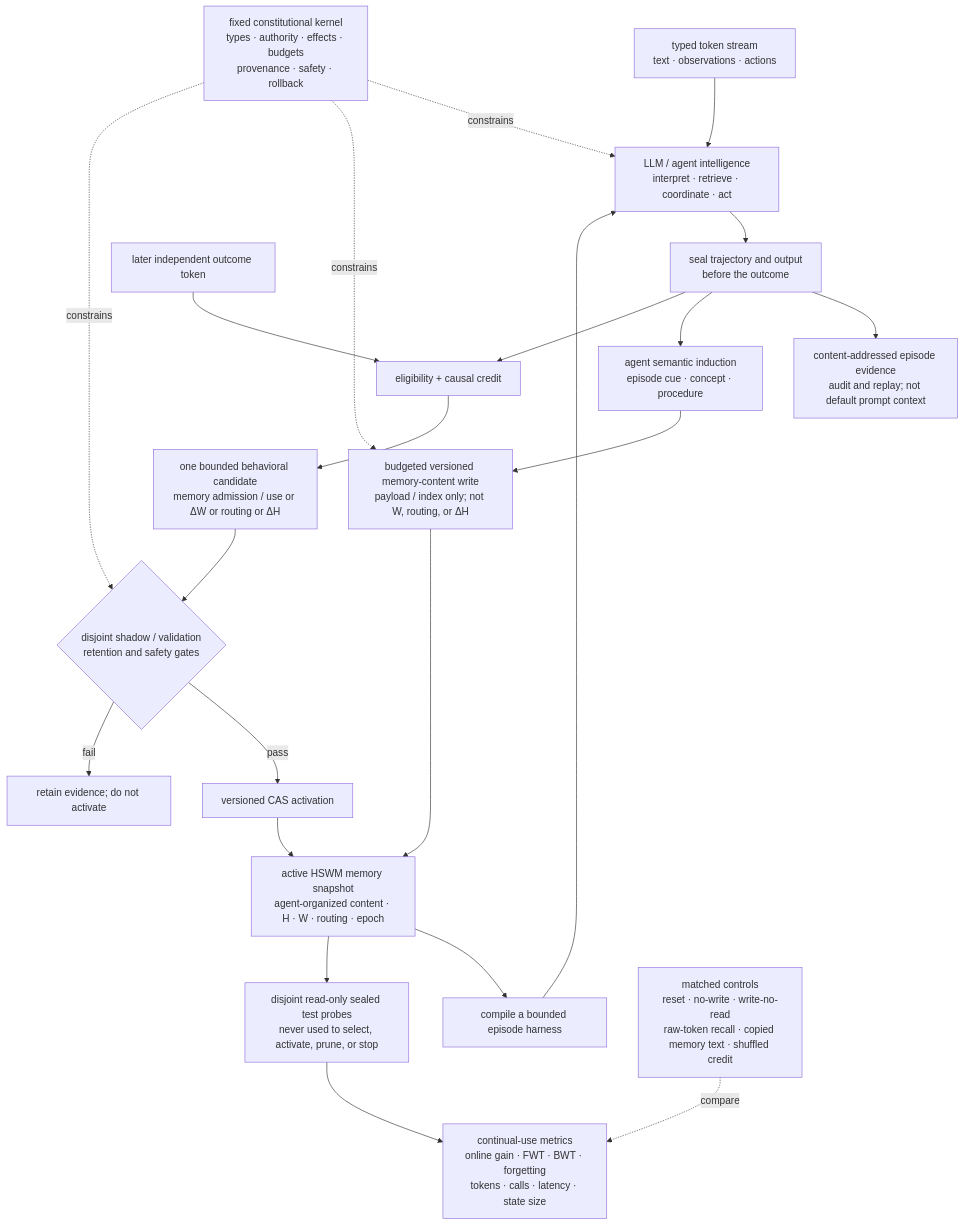
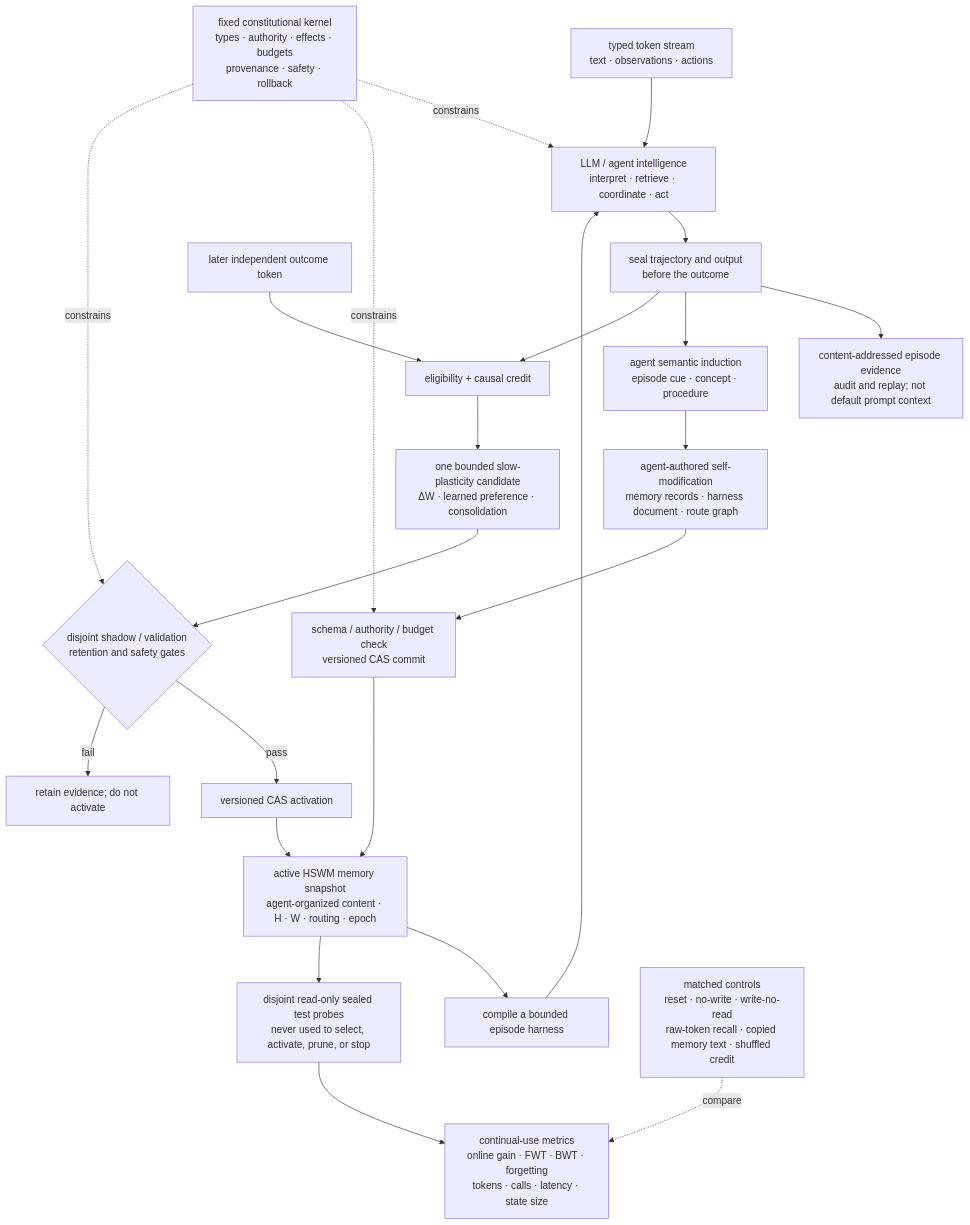
Before and after one commit to gj3447/HSWM: the diagram in README.md, drawn with Mermaid. The commit also changed other lines of this file and 7 other files, not shown here.

Commit message:
Implement agent-authored HSWM self-modification

````diff
--- a/README.md
+++ b/README.md
@@ -166,28 +171,29 @@
 ```mermaid
 flowchart TB
   TOK["typed token stream<br/>text · observations · actions"] --> RUN
   STATE["active HSWM memory snapshot<br/>agent-organized content · H · W · routing · epoch"] --> HARNESS
   HARNESS["compile a bounded episode harness"] --> RUN["LLM / agent intelligence<br/>interpret · retrieve · coordinate · act"]
   RUN --> SEALED["seal trajectory and output<br/>before the outcome"]
 
   SEALED --> EVIDENCE["content-addressed episode evidence<br/>audit and replay; not default prompt context"]
   SEALED --> INDUCE["agent semantic induction<br/>episode cue · concept · procedure"]
-  INDUCE --> MEMWRITE["budgeted versioned memory-content write<br/>payload / index only; not W, routing, or ΔH"]
-  MEMWRITE --> STATE
+  INDUCE --> SELFWRITE["agent-authored self-modification<br/>memory records · harness document · route graph"]
+  SELFWRITE --> SELFCAS["schema / authority / budget check<br/>versioned CAS commit"]
+  SELFCAS --> STATE
 
   OUTCOME["later independent outcome token"] --> CREDIT
   SEALED --> CREDIT["eligibility + causal credit"]
-  CREDIT --> CAND["one bounded behavioral candidate<br/>memory admission / use or ΔW or routing or ΔH"]
+  CREDIT --> CAND["one bounded slow-plasticity candidate<br/>ΔW · learned preference · consolidation"]
   CAND --> GATE{"disjoint shadow / validation<br/>retention and safety gates"}
   GATE -->|pass| CAS["versioned CAS activation"]
   GATE -->|fail| ARCHIVE["retain evidence; do not activate"]
   CAS --> STATE
 
   STATE --> PROBE["disjoint read-only sealed test probes<br/>never used to select, activate, prune, or stop"]
   PROBE --> METRICS["continual-use metrics<br/>online gain · FWT · BWT · forgetting<br/>tokens · calls · latency · state size"]
   CONTROLS["matched controls<br/>reset · no-write · write-no-read<br/>raw-token recall · copied memory text · shuffled credit"] -. compare .-> METRICS
 
   KERNEL["fixed constitutional kernel<br/>types · authority · effects · budgets<br/>provenance · safety · rollback"] -. constrains .-> RUN
-  KERNEL -. constrains .-> MEMWRITE
+  KERNEL -. constrains .-> SELFCAS
   KERNEL -. constrains .-> GATE
 ```
````
